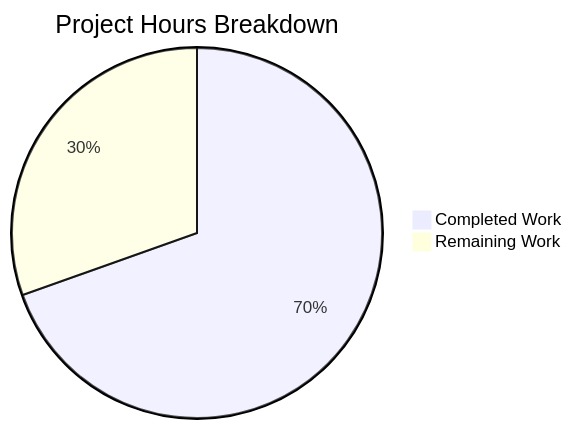
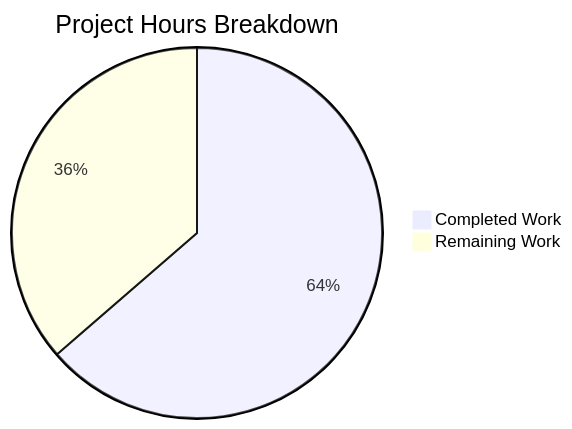
The diagram in blitzy/documentation/Project Guide.md (Sandeep01Kumar/10-dec-existing-projects-qa-test-1), drawn with Mermaid before and after one commit. The commit also changed other lines of this file, not shown here.

Commit message:
Adding Blitzy Project Guide: Project Status and Human Tasks Remaining

````diff
--- a/blitzy/documentation/Project Guide.md
+++ b/blitzy/documentation/Project Guide.md
@@ -76,5 +77,5 @@
 ```mermaid
 pie title Project Hours Breakdown
-    "Completed Work" : 16
-    "Remaining Work" : 7
+    "Completed Work" : 21
+    "Remaining Work" : 12
 ```
````
